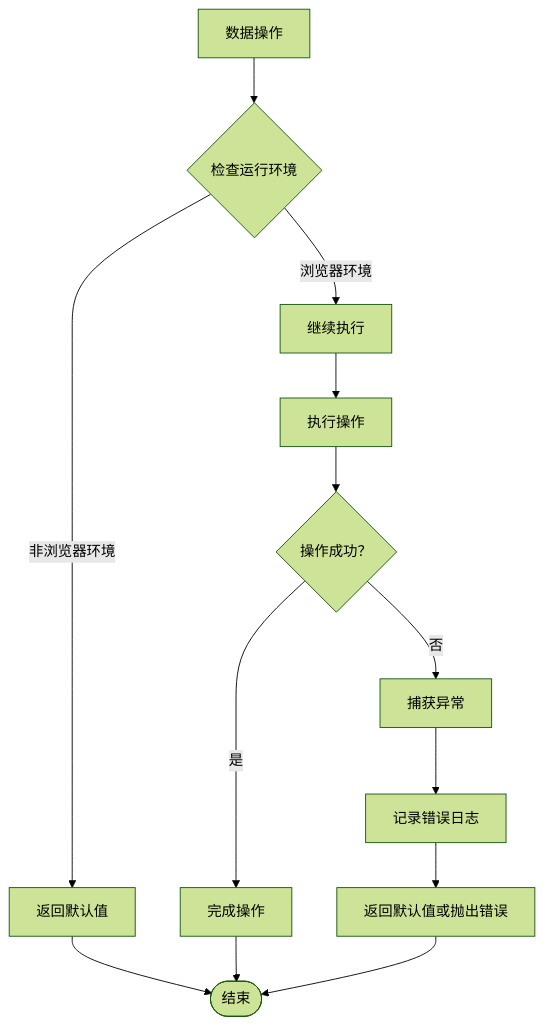
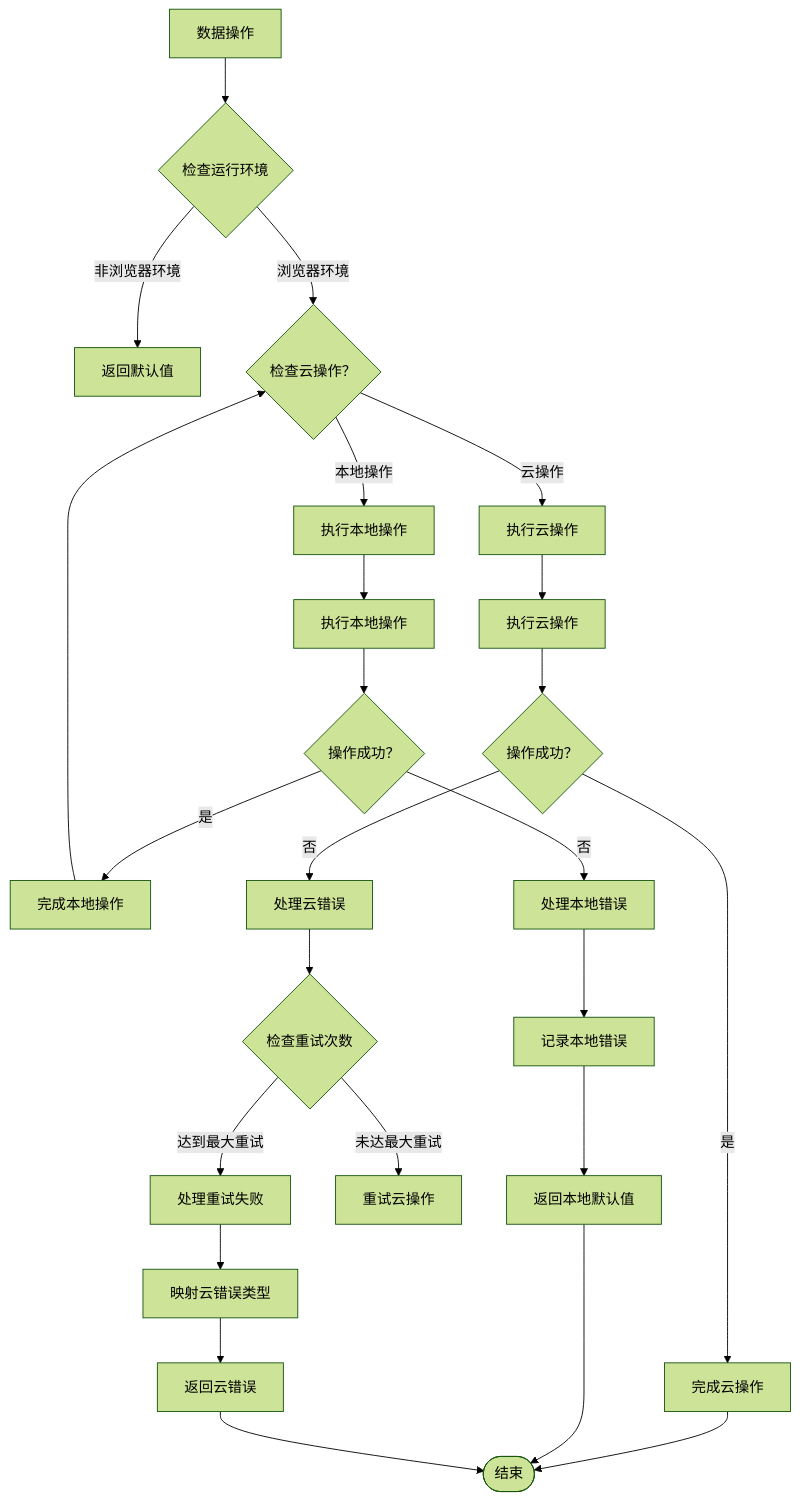
The fifth of 6 diagrams in .qoder/repowiki/zh/content/API参考/数据存储API.md (steveyu2/formula-mapper), drawn with Mermaid (forest theme) before and after one commit. The commit also changed other lines of this file and 14 other files, not shown here.

````diff
--- a/.qoder/repowiki/zh/content/API参考/数据存储API.md
+++ b/.qoder/repowiki/zh/content/API参考/数据存储API.md
@@ -385,15 +489,27 @@
 ```mermaid
 flowchart TD
 Operation[数据操作] --> CheckEnv{"检查运行环境"}
 CheckEnv --> |非浏览器环境| ReturnEmpty["返回默认值"]
-CheckEnv --> |浏览器环境| Proceed[继续执行]
-Proceed --> TryOp["执行操作"]
-TryOp --> Success{"操作成功？"}
-Success --> |是| Complete[完成操作]
-Success --> |否| CatchError["捕获异常"]
-CatchError --> LogError["记录错误日志"]
-LogError --> ReturnDefault["返回默认值或抛出错误"]
-ReturnEmpty --> End([结束])
-Complete --> End
-ReturnDefault --> End
+CheckEnv --> |浏览器环境| CheckCloud{"检查云操作？"}
+CheckCloud --> |本地操作| LocalOp["执行本地操作"]
+CheckCloud --> |云操作| CloudOp["执行云操作"]
+LocalOp --> TryLocal["执行本地操作"]
+TryLocal --> LocalSuccess{"操作成功？"}
+LocalSuccess --> |是| CompleteLocal["完成本地操作"]
+LocalSuccess --> |否| HandleLocalError["处理本地错误"]
+HandleLocalError --> LogLocalError["记录本地错误"]
+LogLocalError --> ReturnLocalDefault["返回本地默认值"]
+CompleteLocal --> CheckCloud
+CloudOp --> TryCloud["执行云操作"]
+TryCloud --> CloudSuccess{"操作成功？"}
+CloudSuccess --> |是| CompleteCloud["完成云操作"]
+CloudSuccess --> |否| HandleCloudError["处理云错误"]
+HandleCloudError --> CheckRetry{"检查重试次数"}
+CheckRetry --> |未达最大重试| RetryCloud["重试云操作"]
+CheckRetry --> |达到最大重试| HandleRetryError["处理重试失败"]
+HandleRetryError --> MapCloudError["映射云错误类型"]
+MapCloudError --> ReturnCloudError["返回云错误"]
+CompleteCloud --> End([结束])
+ReturnLocalDefault --> End
+ReturnCloudError --> End
 ```
````
